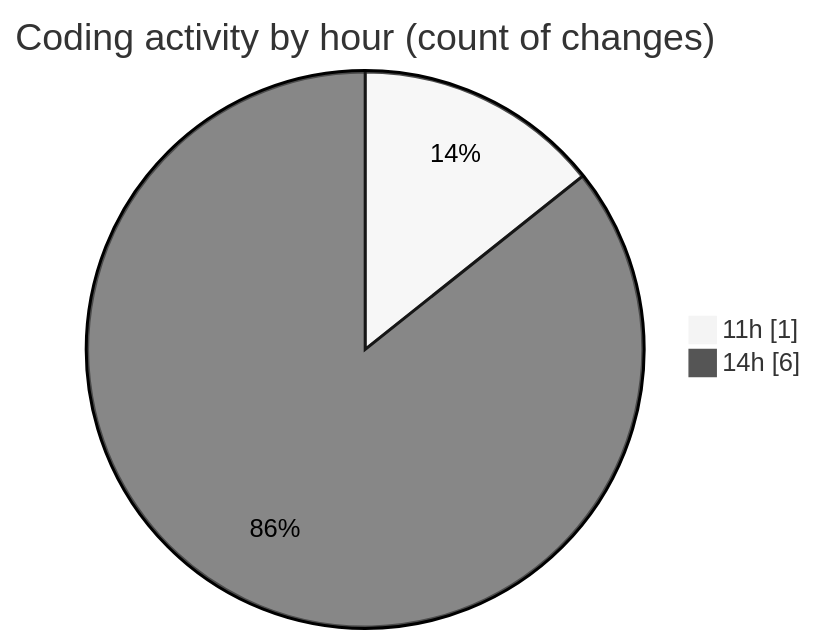
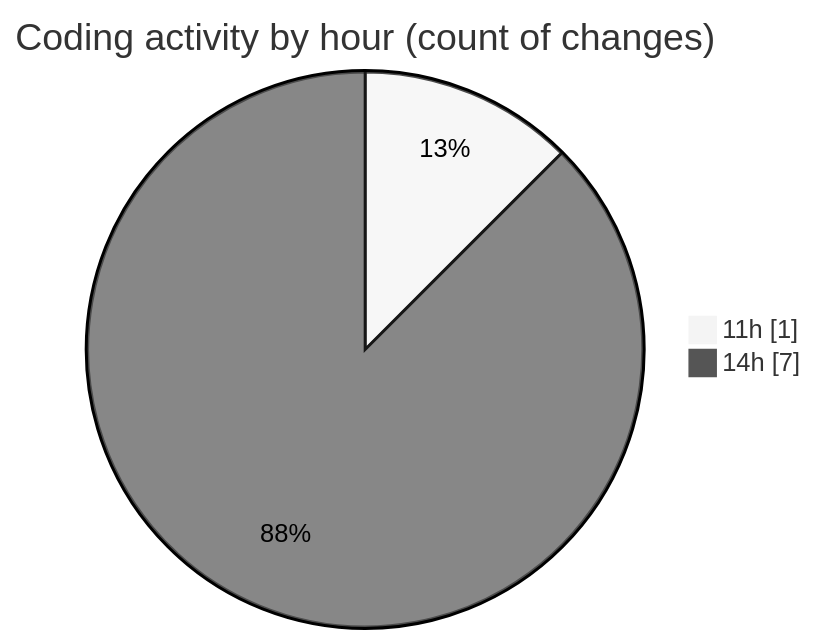
Before and after one commit to debugP/code-tracking: the second of 2 diagrams in 2025-10-23/untitled__workspace_/README.md, drawn with Mermaid (neutral theme). The commit also changed other lines of this file and 1 other file, not shown here.

````diff
--- a/2025-10-23/untitled__workspace_/README.md
+++ b/2025-10-23/untitled__workspace_/README.md
@@ -30,6 +30,6 @@
 ```mermaid
 pie showData
 title Coding activity by hour (count of changes)
 "11h" : 1
-"14h" : 6
+"14h" : 7
 ```
````
